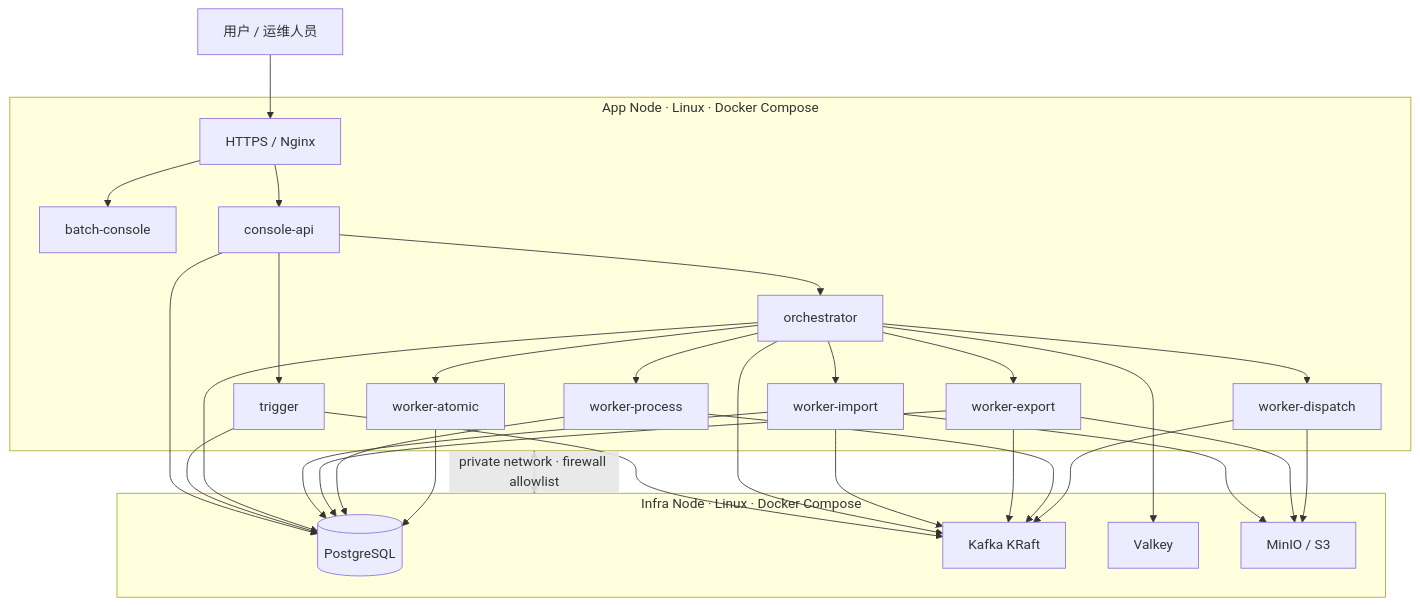
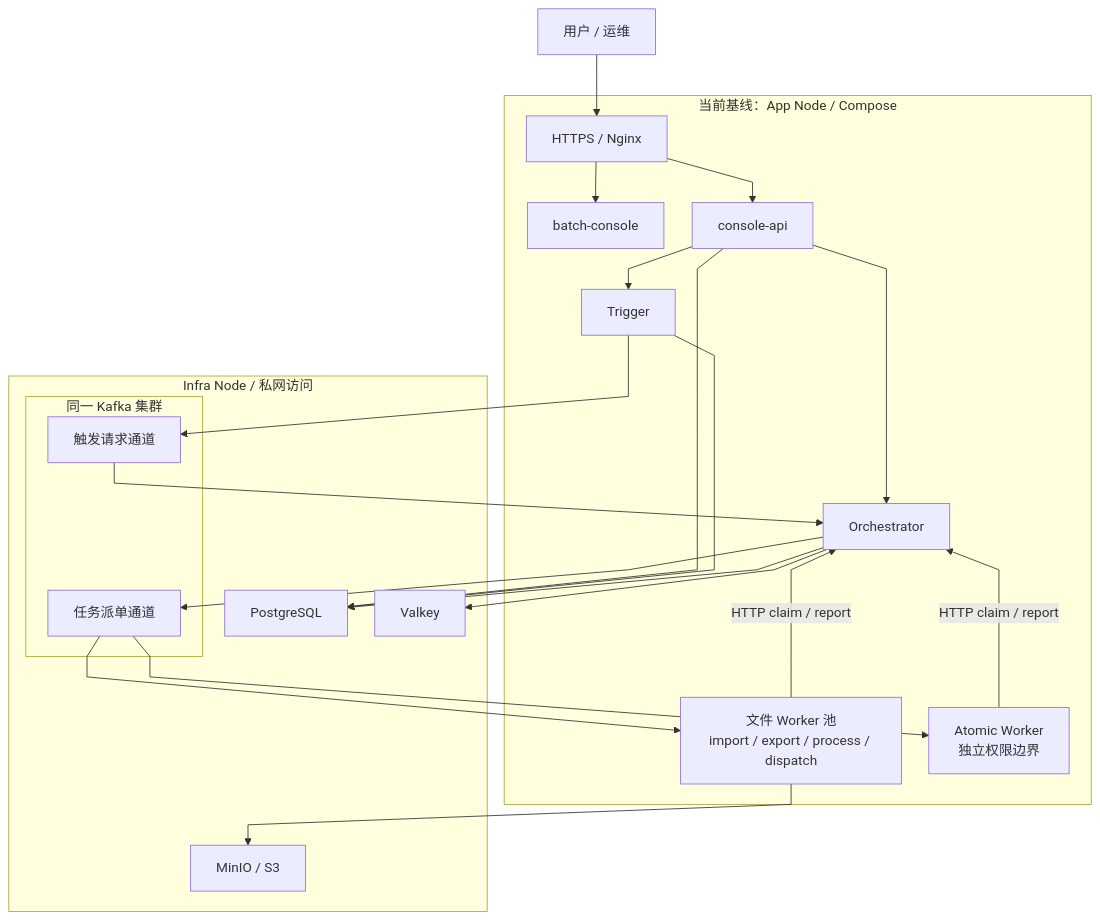
Before and after one commit to pinpols/file-batch-system: the first of 4 diagrams in docs/runbook/compose-cd-roadmap.md, drawn with Mermaid. The commit also changed other lines of this file and 5032 other files, not shown here.

````diff
--- a/docs/runbook/compose-cd-roadmap.md
+++ b/docs/runbook/compose-cd-roadmap.md
@@ -197,42 +197,37 @@
 ```mermaid
+%%{init: {"flowchart":{"curve":"linear","nodeSpacing":32,"rankSpacing":48},"sequence":{"mirrorActors":false}}}%%
 flowchart TB
-  U["用户 / 运维人员"] --> EDGE["HTTPS / Nginx"]
-
-  subgraph APP["App Node · Linux · Docker Compose"]
-    EDGE --> FE["batch-console"]
-    EDGE --> API["console-api"]
-    API --> TR["trigger"]
-    API --> OR["orchestrator"]
-    OR --> WI["worker-import"]
-    OR --> WE["worker-export"]
-    OR --> WP["worker-process"]
-    OR --> WD["worker-dispatch"]
-    OR --> WA["worker-atomic"]
+  USER["用户 / 运维"] --> EDGE["HTTPS / Nginx"]
+  subgraph APP["当前基线：App Node / Compose"]
+    FE["batch-console"]
+    API["console-api"]
+    TR["Trigger"]
+    OR["Orchestrator"]
+    FILE["文件 Worker 池<br/>import / export / process / dispatch"]
+    ATOMIC["Atomic Worker<br/>独立权限边界"]
+    EDGE --> FE
+    EDGE --> API
+    API --> TR
+    API --> OR
+    FILE -->|"HTTP claim / report"| OR
+    ATOMIC -->|"HTTP claim / report"| OR
   end
-
-  subgraph INFRA["Infra Node · Linux · Docker Compose"]
-    PG[("PostgreSQL")]
-    KF["Kafka KRaft"]
-    VK["Valkey"]
-    MO["MinIO / S3"]
+  subgraph INFRA["Infra Node / 私网访问"]
+    subgraph KAFKA["同一 Kafka 集群"]
+      LAUNCH["触发请求通道"]
+      TASK["任务派单通道"]
+    end
+    PG["PostgreSQL"]
+    CACHE["Valkey"]
+    OBJ["MinIO / S3"]
   end
-
+  TR --> LAUNCH --> OR
+  OR --> TASK
+  TASK --> FILE
+  TASK --> ATOMIC
   API --> PG
   TR --> PG
-  TR --> KF
   OR --> PG
-  OR --> KF
-  OR --> VK
-  WI --> PG
-  WI --> KF
-  WI --> MO
-  WE --> PG
-  WE --> KF
-  WE --> MO
-  WP --> PG
-  WP --> KF
-  WD --> KF
-  WD --> MO
-  WA --> PG
-  APP <-->|"private network · firewall allowlist"| INFRA
+  OR --> CACHE
+  FILE --> OBJ
 ```
````
